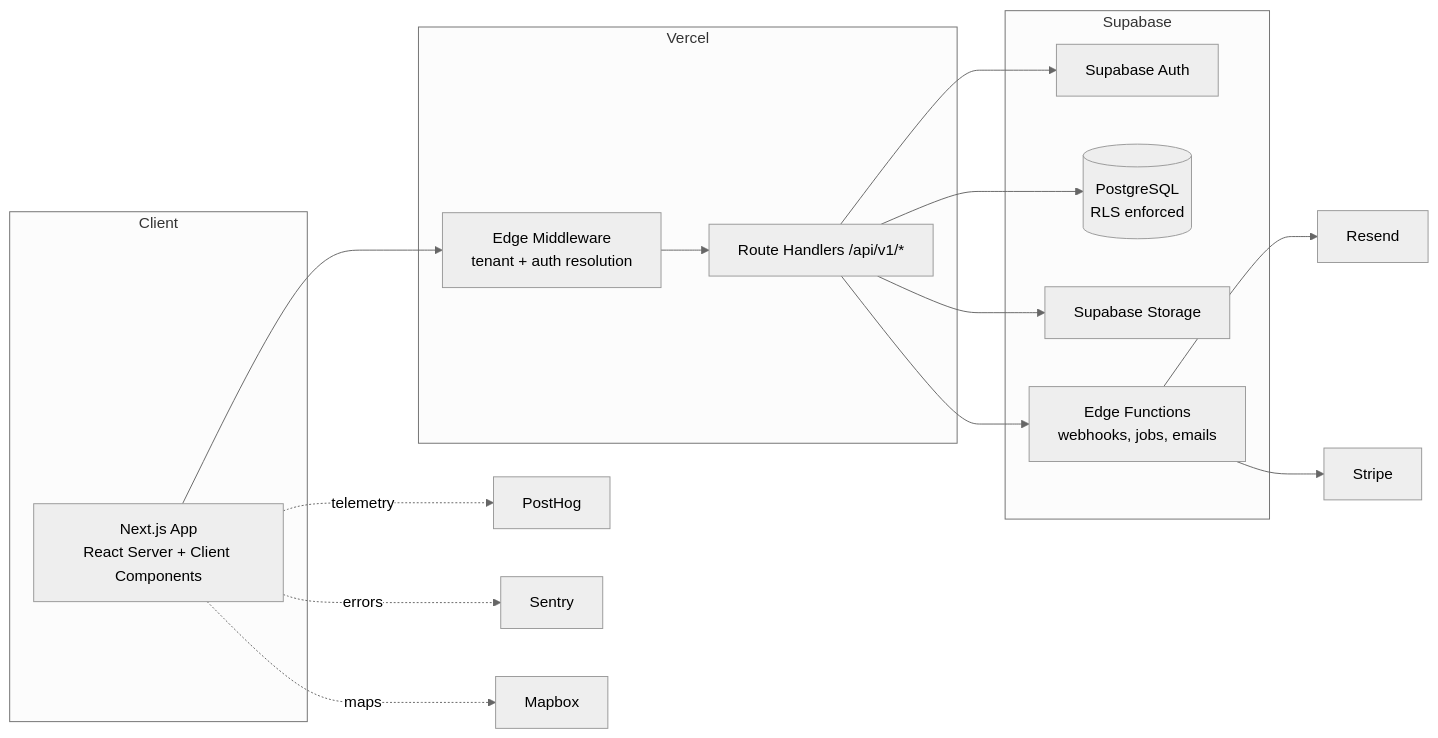
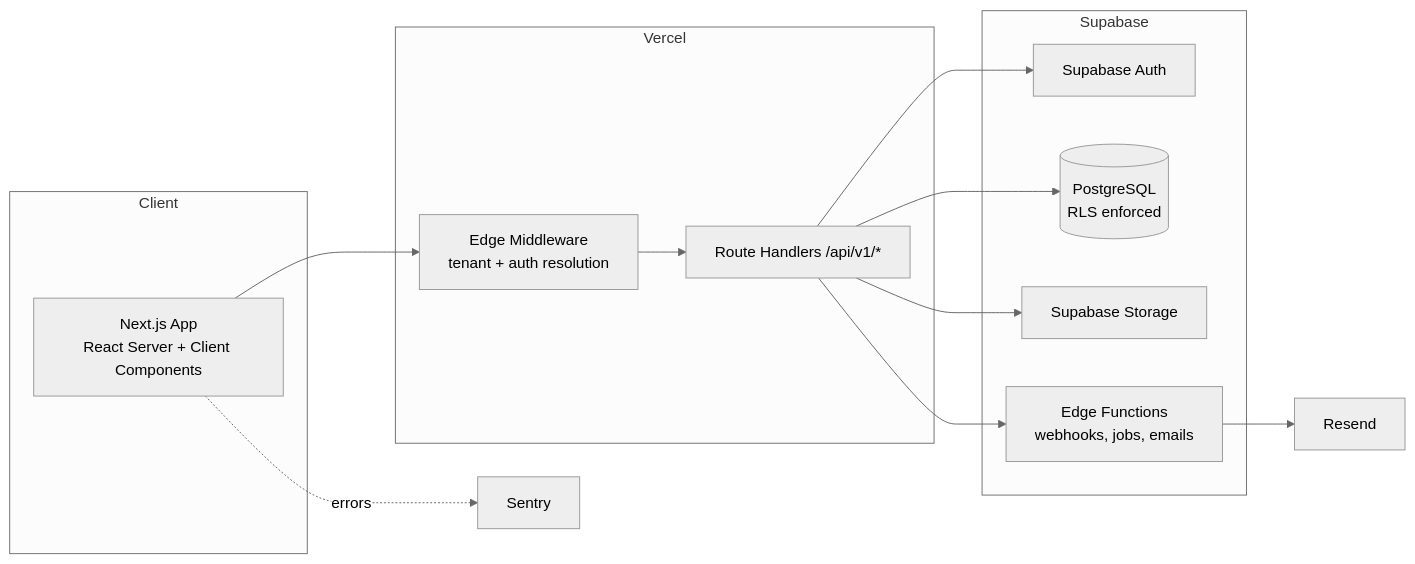
Before and after one commit to darshu2810/stemora: the diagram in ARCHITECTURE.md, drawn with Mermaid (neutral theme). The commit also changed other lines of this file and 120 other files, not shown here.

````diff
--- a/ARCHITECTURE.md
+++ b/ARCHITECTURE.md
@@ -30,36 +48,30 @@
 ```mermaid
 flowchart LR
     subgraph Client
         Web[Next.js App<br/>React Server + Client Components]
     end
 
     subgraph Vercel
         Web
         MW[Edge Middleware<br/>tenant + auth resolution]
         API[Route Handlers /api/v1/*]
     end
 
     subgraph Supabase
         Auth[Supabase Auth]
         PG[(PostgreSQL<br/>RLS enforced)]
         Storage[Supabase Storage]
         EF[Edge Functions<br/>webhooks, jobs, emails]
     end
 
-    Stripe[Stripe]
     Resend[Resend]
-    PostHog[PostHog]
     Sentry[Sentry]
-    Mapbox[Mapbox]
 
     Web --> MW --> API
     API --> Auth
     API --> PG
     API --> Storage
     API --> EF
     EF --> Resend
-    EF --> Stripe
-    Web -.telemetry.-> PostHog
     Web -.errors.-> Sentry
-    Web -.maps.-> Mapbox
 ```
````
